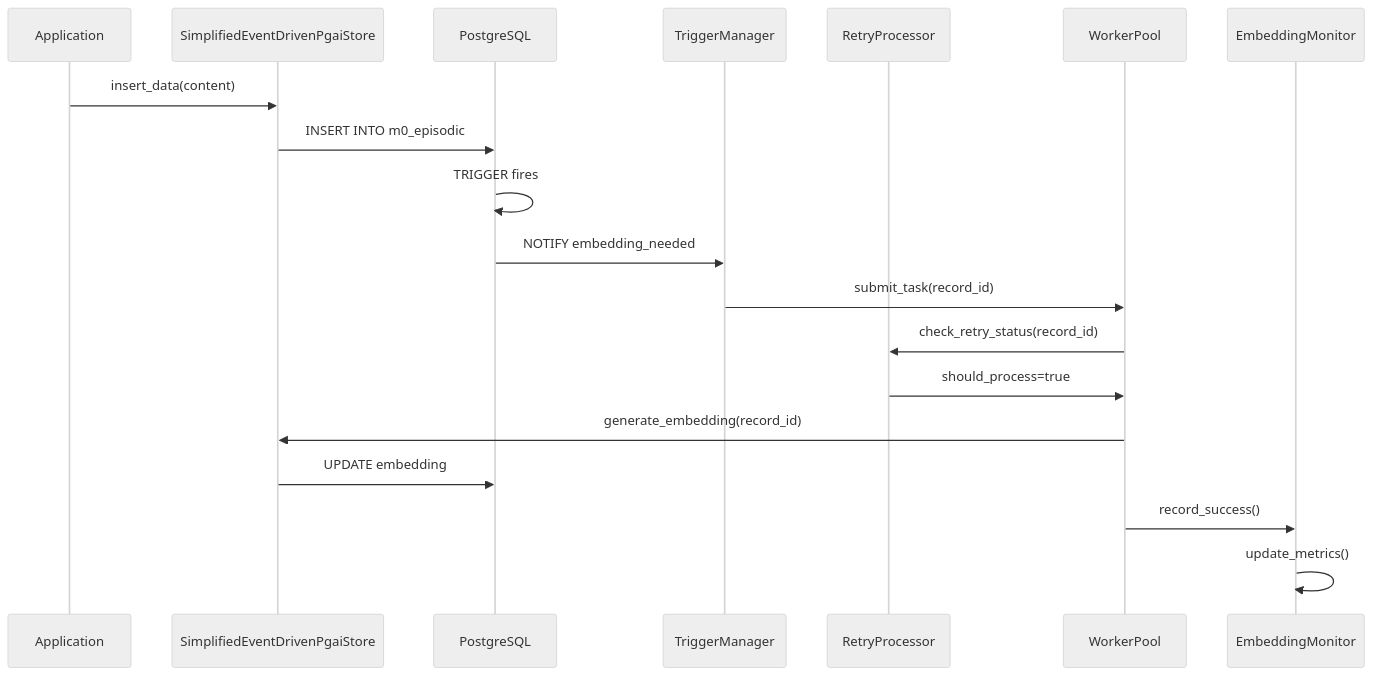
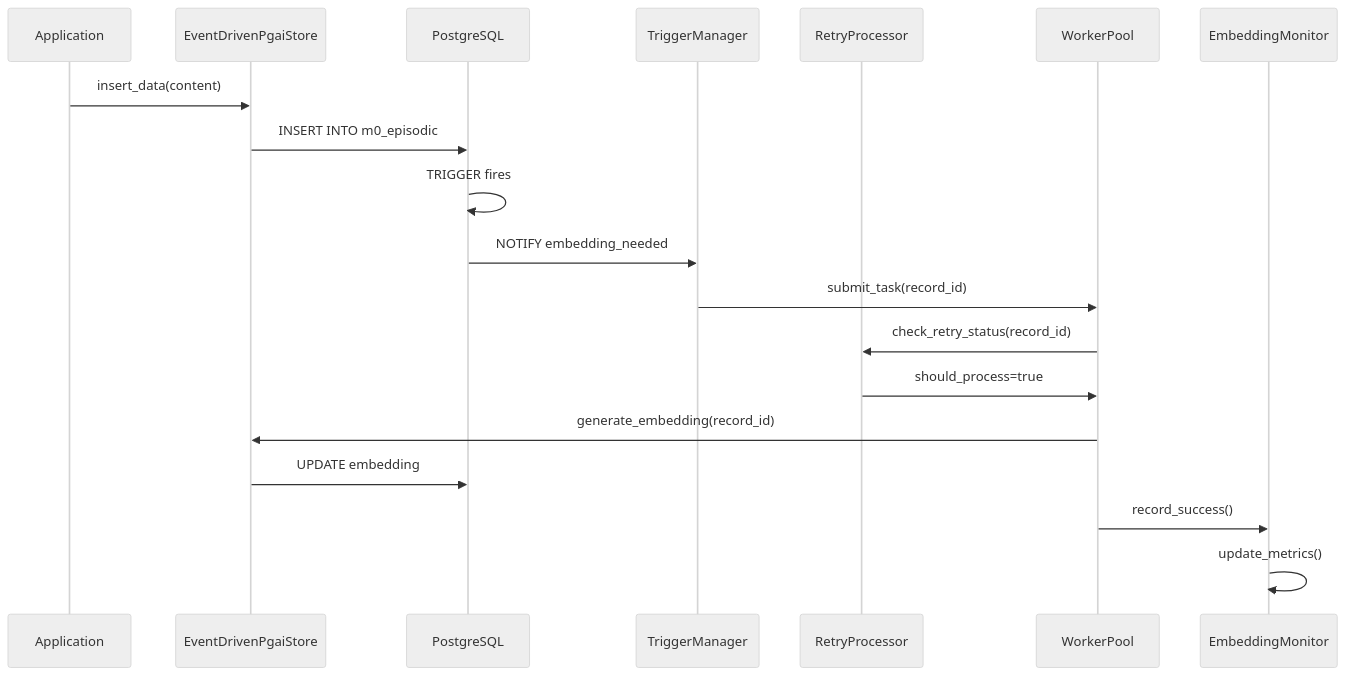
The second of 7 diagrams in docs/architecture/pgai.md (memfuse/memfuse), drawn with Mermaid (neutral theme) before and after one commit. The commit also changed other lines of this file and 14 other files, not shown here.

First line of the commit message:
refactor(pgai_store): rename and restructure event-driven store implementation

````diff
--- a/docs/architecture/pgai.md
+++ b/docs/architecture/pgai.md
@@ -194,22 +194,22 @@
 ```mermaid
 sequenceDiagram
     participant App as Application
-    participant Store as SimplifiedEventDrivenPgaiStore
+    participant Store as EventDrivenPgaiStore
     participant DB as PostgreSQL
     participant TM as TriggerManager
     participant RP as RetryProcessor
     participant WP as WorkerPool
     participant EM as EmbeddingMonitor
 
     App->>Store: insert_data(content)
     Store->>DB: INSERT INTO m0_episodic
     DB->>DB: TRIGGER fires
     DB->>TM: NOTIFY embedding_needed
     TM->>WP: submit_task(record_id)
     WP->>RP: check_retry_status(record_id)
     RP->>WP: should_process=true
     WP->>Store: generate_embedding(record_id)
     Store->>DB: UPDATE embedding
     WP->>EM: record_success()
     EM->>EM: update_metrics()
 ```
````
